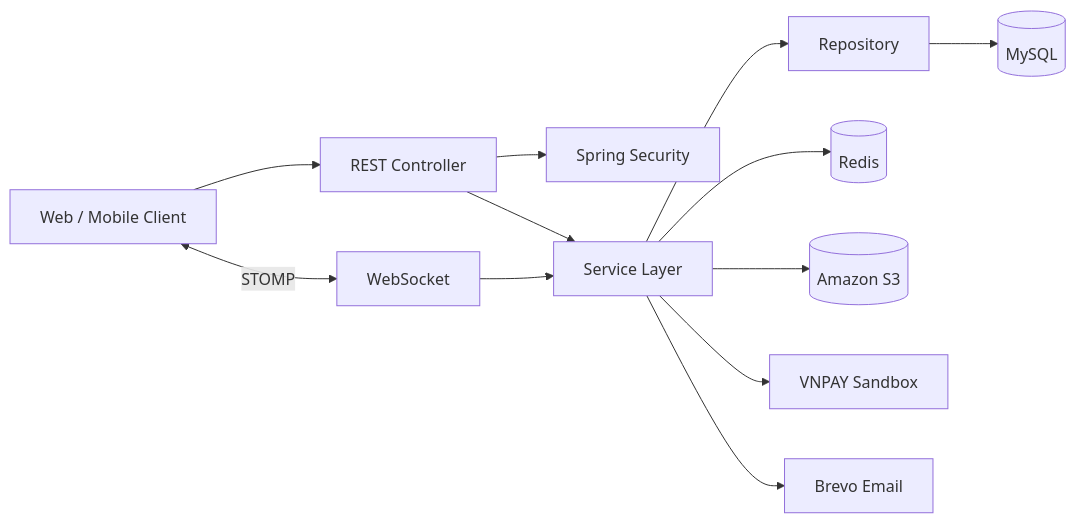
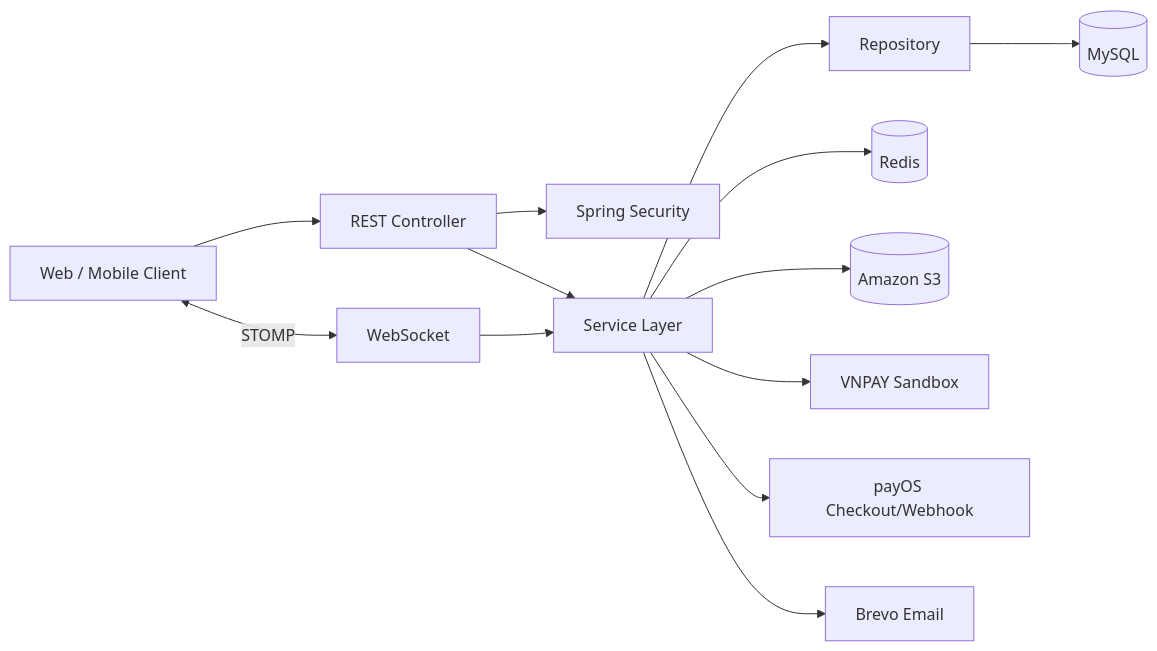
Before and after one commit to danghung38/learninghub: the diagram in README.md, drawn with Mermaid. The commit also changed other lines of this file and 29 other files, not shown here.

Commit message:
feat(payment): integrate payOS and refactor gateway flow using strategy pattern

````diff
--- a/README.md
+++ b/README.md
@@ -93,14 +93,15 @@
 ```mermaid
 flowchart LR
     Client[Web / Mobile Client] --> API[REST Controller]
     Client <-->|STOMP| WS[WebSocket]
     API --> Security[Spring Security]
     API --> Service[Service Layer]
     WS --> Service
     Service --> Repository[Repository]
     Repository --> MySQL[(MySQL)]
     Service --> Redis[(Redis)]
     Service --> S3[(Amazon S3)]
     Service --> VNPAY[VNPAY Sandbox]
+    Service --> PayOS[payOS Checkout/Webhook]
     Service --> Brevo[Brevo Email]
 ```
````
